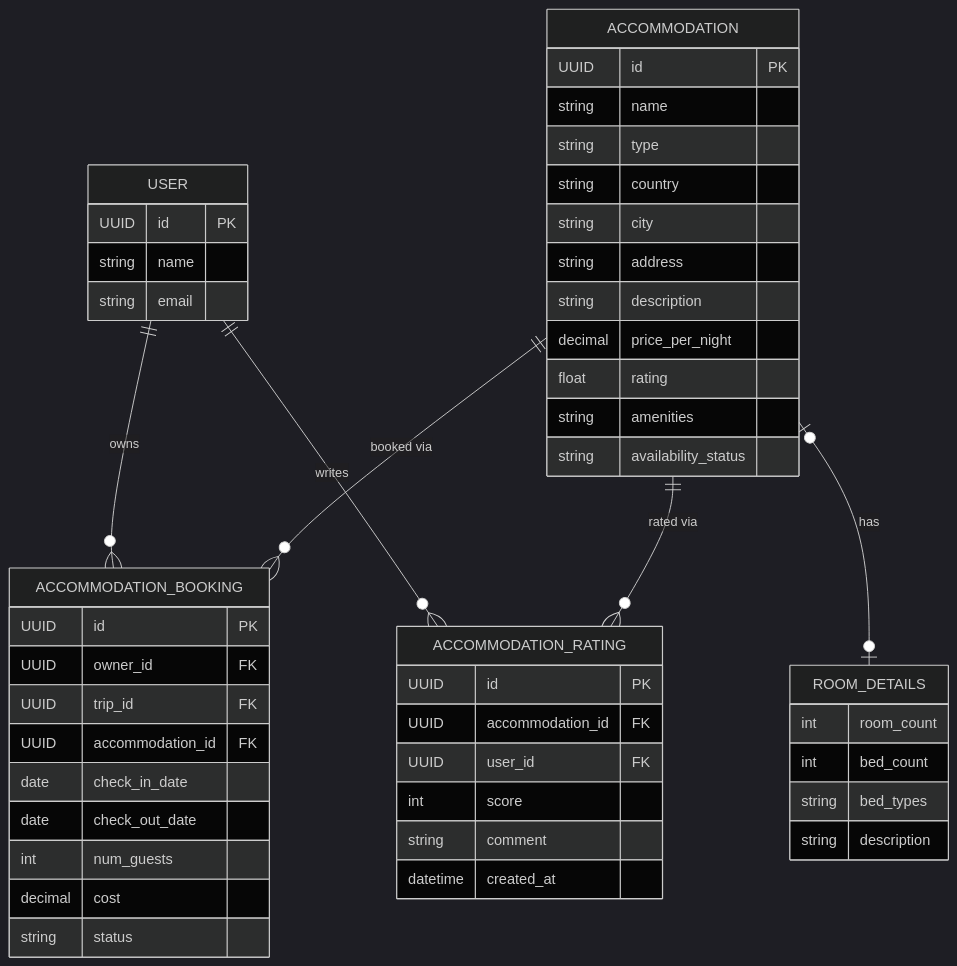
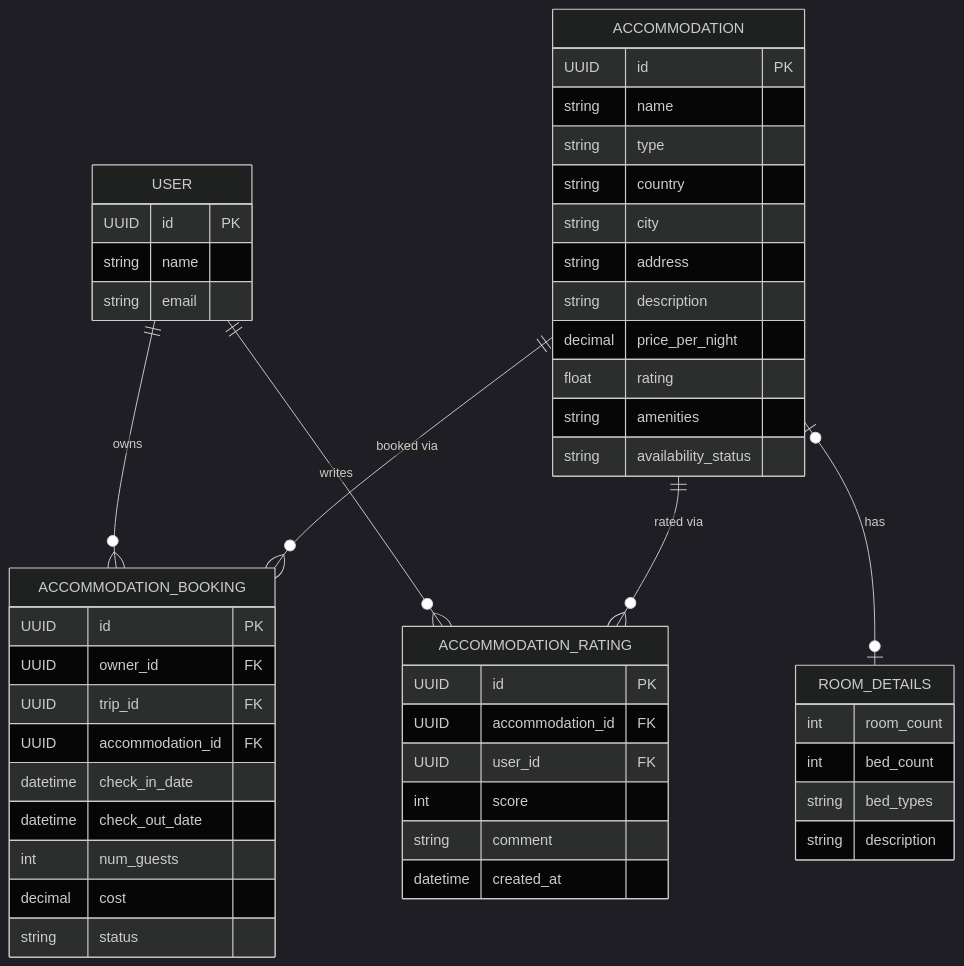
The diagram in student-2/docs/object-model.md (JulianKirk/TripGenie), drawn with Mermaid (dark theme) before and after one commit. The commit also changed other lines of this file and 9 other files, not shown here.

````diff
--- a/student-2/docs/object-model.md
+++ b/student-2/docs/object-model.md
@@ -100,56 +100,56 @@
 ```mermaid
 erDiagram
     USER ||--o{ ACCOMMODATION_BOOKING : owns
     USER ||--o{ ACCOMMODATION_RATING : writes
     ACCOMMODATION ||--o{ ACCOMMODATION_BOOKING : "booked via"
     ACCOMMODATION ||--o{ ACCOMMODATION_RATING : "rated via"
     ACCOMMODATION |o--o| ROOM_DETAILS : has
 
     USER {
         UUID id PK
         string name
         string email
     }
 
     ACCOMMODATION {
         UUID id PK
         string name
         string type
         string country
         string city
         string address
         string description
         decimal price_per_night
         float rating
         string amenities
         string availability_status
     }
 
     ROOM_DETAILS {
         int room_count
         int bed_count
         string bed_types
         string description
     }
 
     ACCOMMODATION_BOOKING {
         UUID id PK
         UUID owner_id FK
         UUID trip_id FK
         UUID accommodation_id FK
-        date check_in_date
-        date check_out_date
+        datetime check_in_date
+        datetime check_out_date
         int num_guests
         decimal cost
         string status
     }
 
     ACCOMMODATION_RATING {
         UUID id PK
         UUID accommodation_id FK
         UUID user_id FK
         int score
         string comment
         datetime created_at
     }
 ```
````
